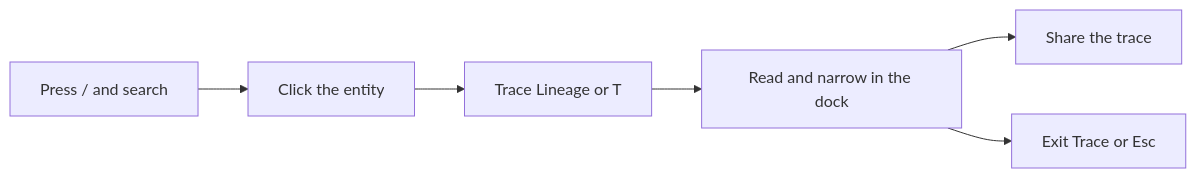
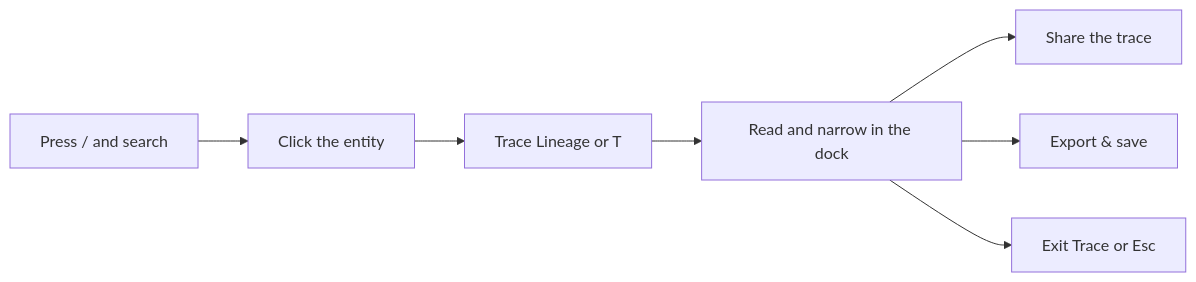
One commit to rkrumins/dataviz changed the diagram in docs/guide/EXPLORING_GRAPH.md. Above: the diagram before and after it, drawn with Mermaid. The commit also changed other lines of this file and 1 other file, not shown here.

````diff
--- a/docs/guide/EXPLORING_GRAPH.md
+++ b/docs/guide/EXPLORING_GRAPH.md
@@ -19,8 +20,9 @@
 ```mermaid
 flowchart LR
   A["Press / and search"] --> B["Click the entity"]
   B --> C["Trace Lineage or T"]
   C --> D["Read and narrow in the dock"]
   D --> E["Share the trace"]
+  D --> G["Export & save"]
   D --> F["Exit Trace or Esc"]
 ```
````
